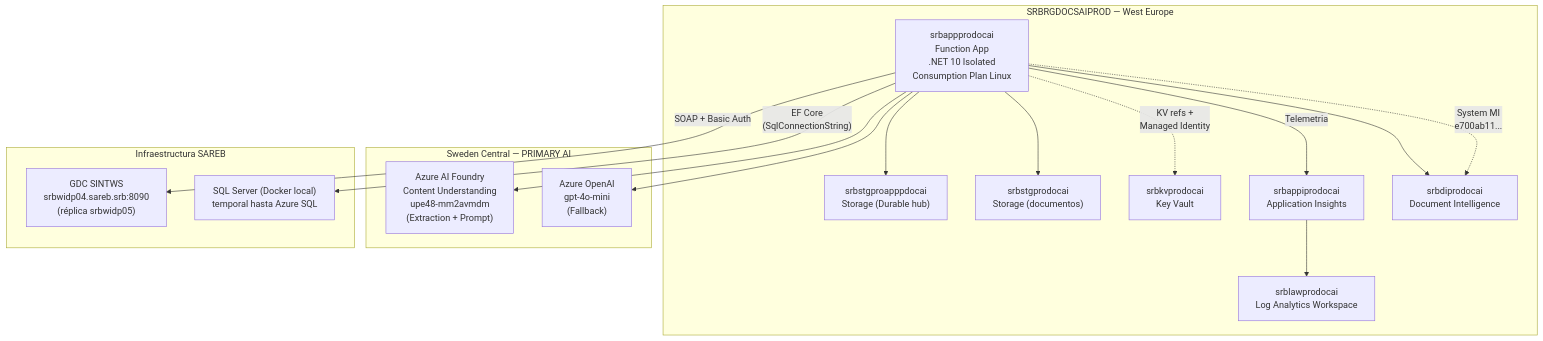
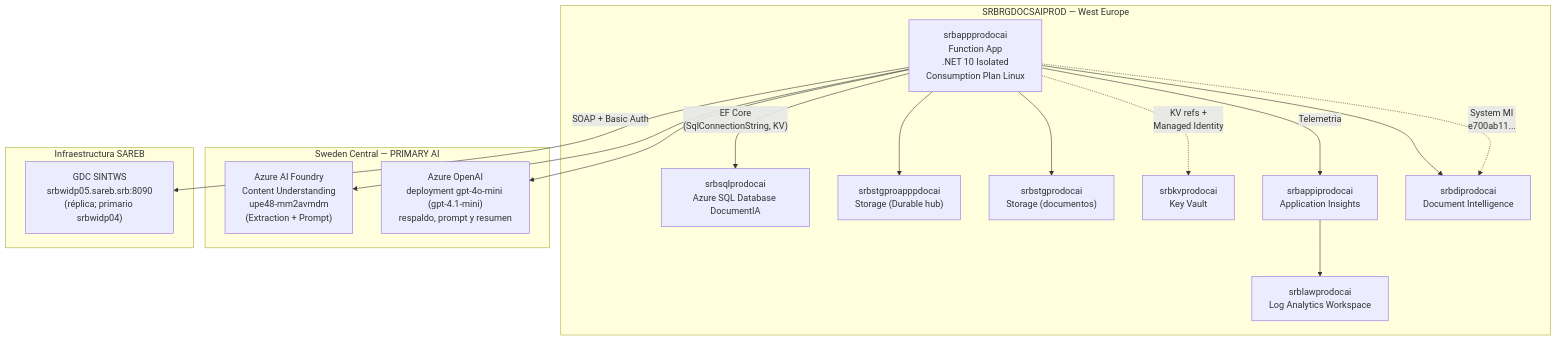
One commit to nvcrisologo02/AI-DocClassExt changed the fourth of 6 diagrams in docs/01_ARQUITECTURA_SISTEMA.md. Above: the diagram before and after it, drawn with Mermaid. The commit also changed other lines of this file and 4 other files, not shown here.

````diff
--- a/docs/01_ARQUITECTURA_SISTEMA.md
+++ b/docs/01_ARQUITECTURA_SISTEMA.md
@@ -390,35 +427,35 @@
 ```mermaid
 flowchart TB
     subgraph RG["SRBRGDOCSAIPROD — West Europe"]
+        SQL_PROD["srbsqlprodocai<br/>Azure SQL Database DocumentIA"]
         FUNCAPP["srbappprodocai<br/>Function App<br/>.NET 10 Isolated<br/>Consumption Plan Linux"]
         STG_HUB["srbstgproapppdocai<br/>Storage (Durable hub)"]
         STG_DOCS["srbstgprodocai<br/>Storage (documentos)"]
         KV["srbkvprodocai<br/>Key Vault"]
         APPINS["srbappiprodocai<br/>Application Insights"]
         LAW["srblawprodocai<br/>Log Analytics Workspace"]
         DI_PROD["srbdiprodocai<br/>Document Intelligence"]
     end
 
     subgraph SwedenCentral["Sweden Central — PRIMARY AI"]
         CU_PROD["Azure AI Foundry<br/>Content Understanding<br/>upe48-mm2avmdm<br/>(Extraction + Prompt)"]
-        OAI["Azure OpenAI<br/>gpt-4o-mini<br/>(Fallback)"]
+        OAI["Azure OpenAI<br/>deployment gpt-4o-mini (gpt-4.1-mini)<br/>respaldo, prompt y resumen"]
     end
 
     subgraph OnPrem["Infraestructura SAREB"]
-        GDC_PROD["GDC SINTWS<br/>srbwidp04.sareb.srb:8090<br/>(réplica srbwidp05)"]
-        SQL_TEMP["SQL Server (Docker local)<br/>temporal hasta Azure SQL"]
+        GDC_PROD["GDC SINTWS<br/>srbwidp05.sareb.srb:8090<br/>(réplica; primario srbwidp04)"]
     end
 
     FUNCAPP --> STG_HUB
     FUNCAPP --> STG_DOCS
     FUNCAPP -.->|"KV refs +<br/>Managed Identity"| KV
     FUNCAPP -->|"Telemetria"| APPINS
     APPINS --> LAW
     FUNCAPP --> DI_PROD
     FUNCAPP --> OAI
     FUNCAPP --> CU_PROD
     FUNCAPP -->|"SOAP + Basic Auth"| GDC_PROD
-    FUNCAPP -->|"EF Core<br/>(SqlConnectionString)"| SQL_TEMP
+    FUNCAPP -->|"EF Core<br/>(SqlConnectionString, KV)"| SQL_PROD
 
     FUNCAPP -.->|"System MI<br/>e700ab11..."| DI_PROD
 ```
````
